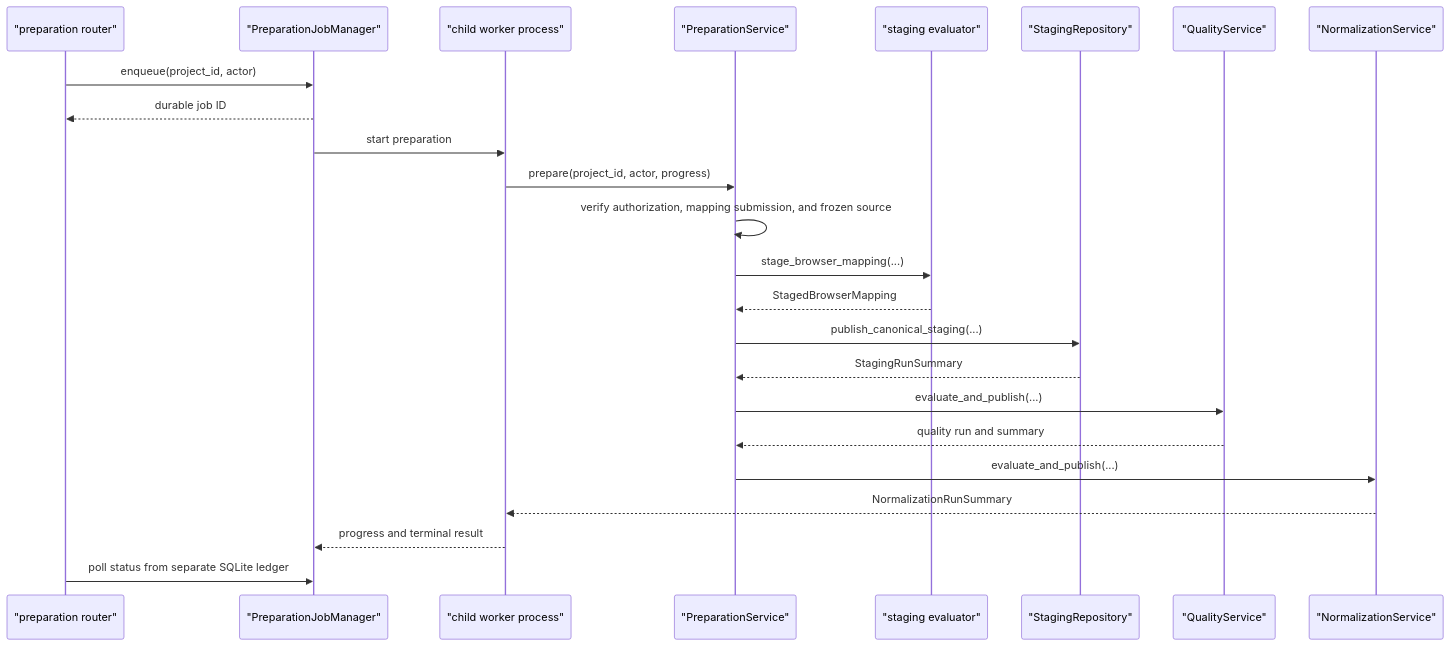
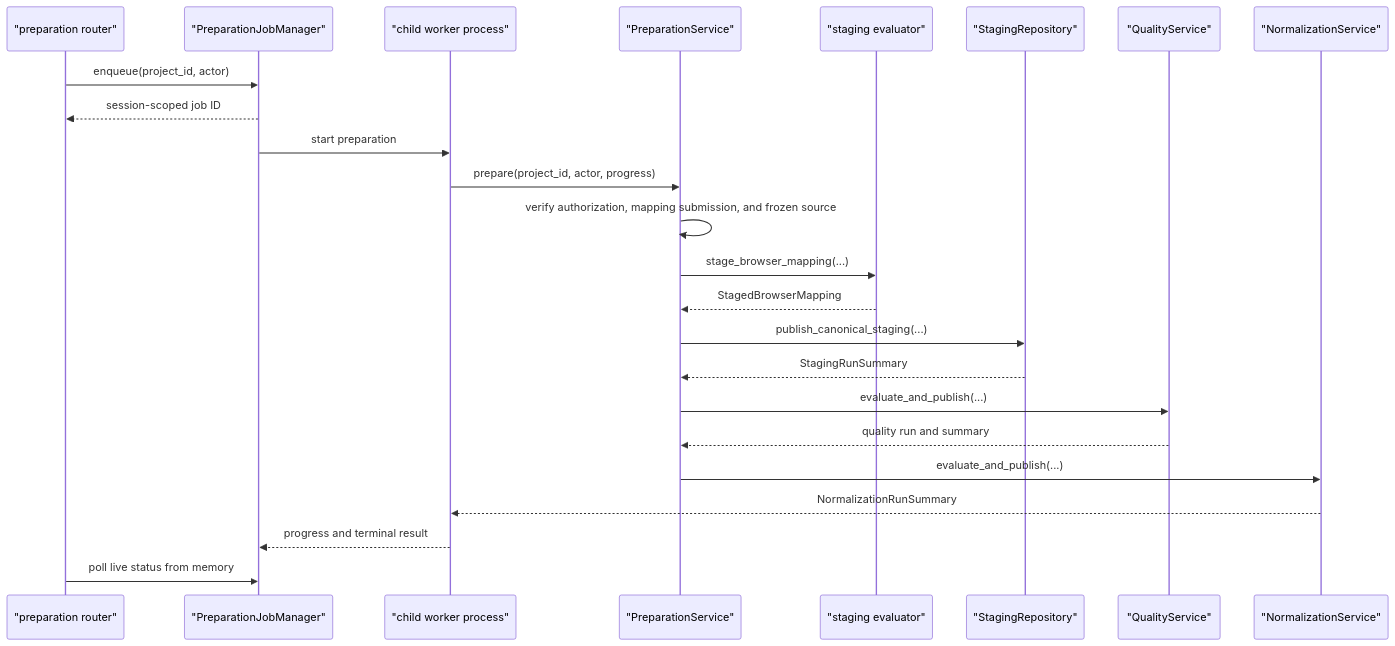
Before and after one commit to fderyckel/dev-impodo: the seventh of 8 diagrams in docs/architecture/python-code-map.md, drawn with Mermaid. The commit also changed other lines of this file and 16 other files, not shown here.

First line of the commit message:
Refactor preparation job handling to use in-memory session state

````diff
--- a/docs/architecture/python-code-map.md
+++ b/docs/architecture/python-code-map.md
@@ -484,27 +484,27 @@
 ```mermaid
 sequenceDiagram
     participant Route as "preparation router"
     participant Jobs as "PreparationJobManager"
     participant Worker as "child worker process"
     participant Service as "PreparationService"
     participant Eval as "staging evaluator"
     participant Stage as "StagingRepository"
     participant Quality as "QualityService"
     participant Normalize as "NormalizationService"
 
     Route->>Jobs: enqueue(project_id, actor)
-    Jobs-->>Route: durable job ID
+    Jobs-->>Route: session-scoped job ID
     Jobs->>Worker: start preparation
     Worker->>Service: prepare(project_id, actor, progress)
     Service->>Service: verify authorization, mapping submission, and frozen source
     Service->>Eval: stage_browser_mapping(...)
     Eval-->>Service: StagedBrowserMapping
     Service->>Stage: publish_canonical_staging(...)
     Stage-->>Service: StagingRunSummary
     Service->>Quality: evaluate_and_publish(...)
     Quality-->>Service: quality run and summary
     Service->>Normalize: evaluate_and_publish(...)
     Normalize-->>Worker: NormalizationRunSummary
     Worker-->>Jobs: progress and terminal result
-    Route->>Jobs: poll status from separate SQLite ledger
+    Route->>Jobs: poll live status from memory
 ```
````
